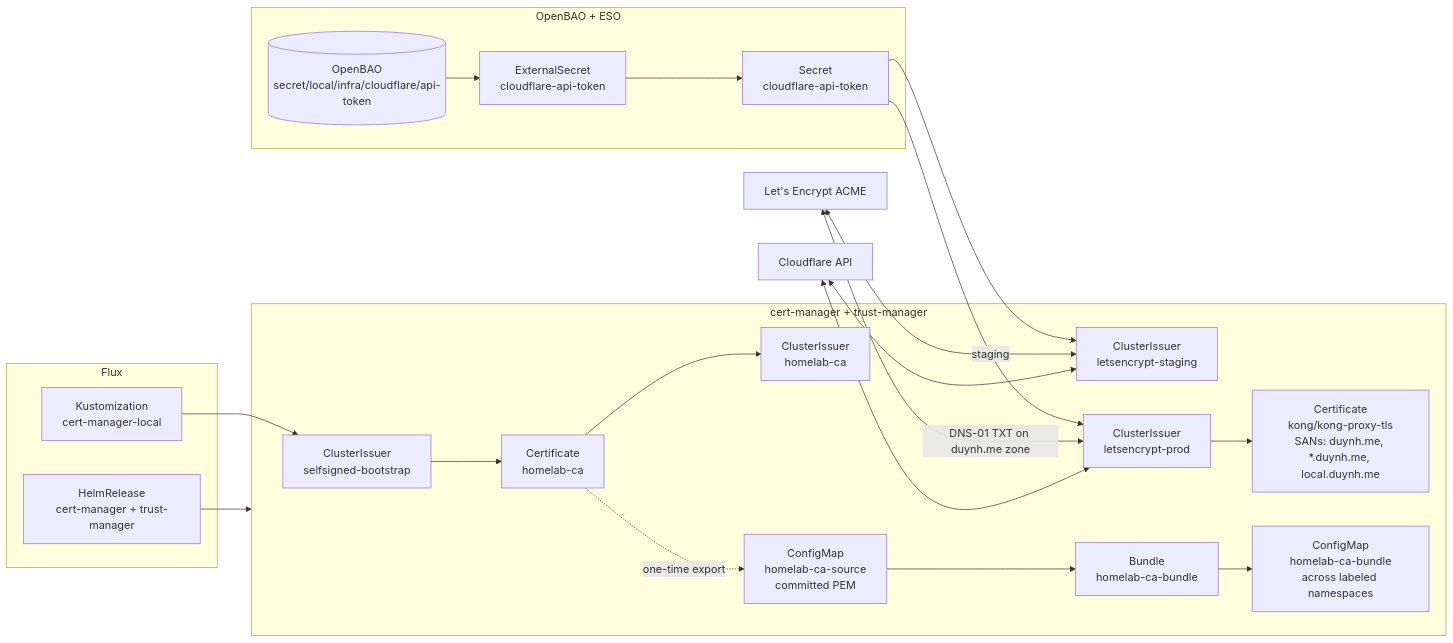
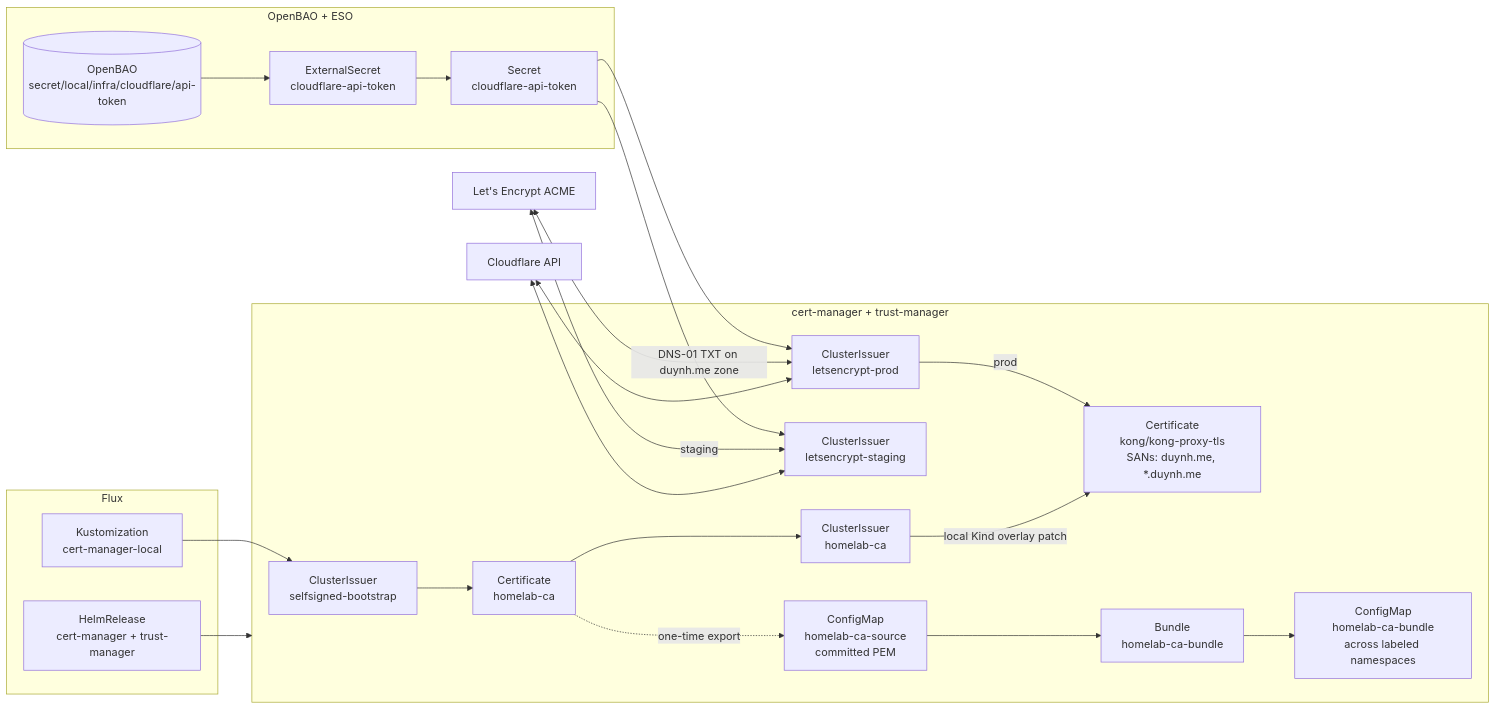
The diagram in docs/secrets/cert-manager.md (duynhlab/homelab), drawn with Mermaid before and after one commit. The commit also changed other lines of this file and 16 other files, not shown here.

````diff
--- a/docs/secrets/cert-manager.md
+++ b/docs/secrets/cert-manager.md
@@ -28,31 +28,32 @@
 ```mermaid
 flowchart LR
   subgraph flux[Flux]
     HR[HelmRelease<br/>cert-manager + trust-manager]
     K[Kustomization<br/>cert-manager-local]
   end
   subgraph eso[OpenBAO + ESO]
     Bao[(OpenBAO<br/>secret/local/infra/cloudflare/api-token)]
     ES[ExternalSecret<br/>cloudflare-api-token]
     Sec[Secret<br/>cloudflare-api-token]
   end
   subgraph cm[cert-manager + trust-manager]
     SS[ClusterIssuer<br/>selfsigned-bootstrap]
     CA[Certificate<br/>homelab-ca]
     HCA[ClusterIssuer<br/>homelab-ca]
     LES[ClusterIssuer<br/>letsencrypt-staging]
     LEP[ClusterIssuer<br/>letsencrypt-prod]
-    KCert[Certificate<br/>kong/kong-proxy-tls<br/>SANs: duynh.me, *.duynh.me, local.duynh.me]
+    KCert[Certificate<br/>kong/kong-proxy-tls<br/>SANs: duynh.me, *.duynh.me]
     CACOPY[ConfigMap<br/>homelab-ca-source<br/>committed PEM]
     Bundle[Bundle<br/>homelab-ca-bundle]
     OUT[ConfigMap<br/>homelab-ca-bundle<br/>across labeled namespaces]
   end
   HR --> cm
   K --> SS --> CA --> HCA
   Bao --> ES --> Sec --> LES & LEP
-  LEP --> KCert
+  LEP -->|prod| KCert
+  HCA -->|local Kind overlay patch| KCert
   CA -. one-time export .-> CACOPY --> Bundle --> OUT
   LE[Let's Encrypt ACME] <-->|DNS-01 TXT on duynh.me zone| LEP
   LE <-->|staging| LES
   CF[Cloudflare API] <--> LEP & LES
 ```
````
